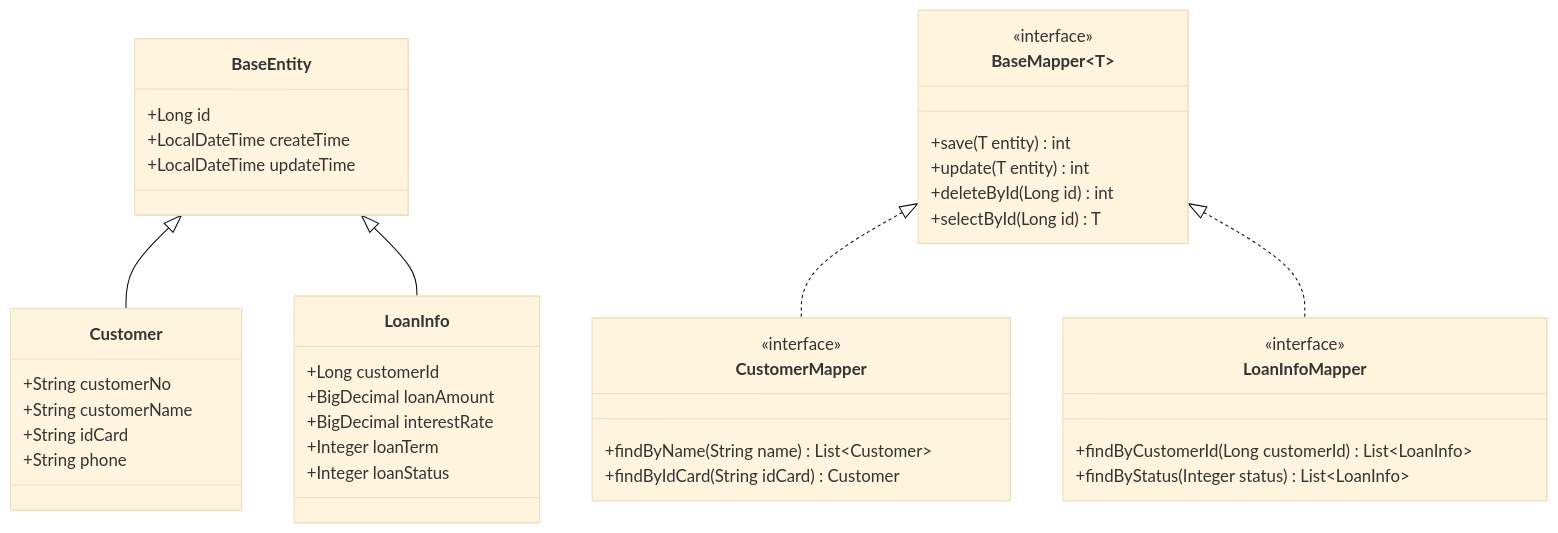
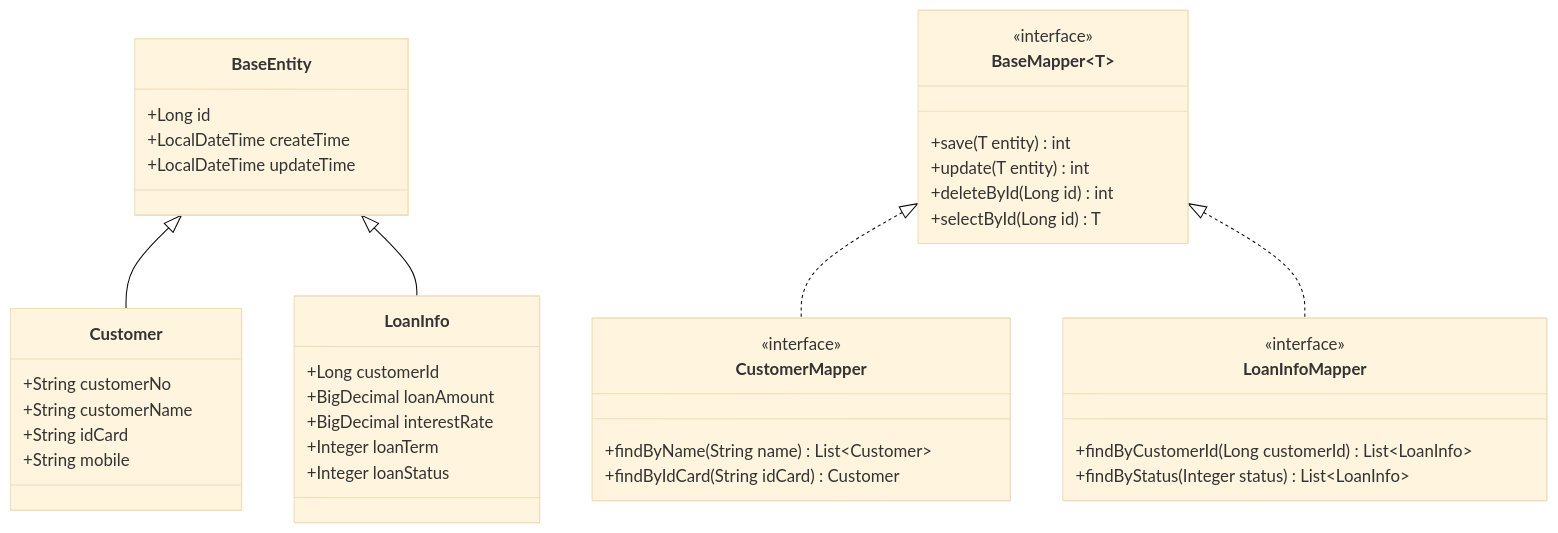
Before and after one commit to skyopk/iodraw-files: the diagram in all/未命名.md, drawn with Mermaid (base theme).

Commit message:
2025-03-25 08:50:53 update

````diff
--- a/all/未命名.md
+++ b/all/未命名.md
@@ -1,48 +1,48 @@
 ```mermaid
 classDiagram
     class BaseEntity {
         +Long id
         +LocalDateTime  createTime
         +LocalDateTime  updateTime
     }
     
     class BaseMapper~T~ {
         <<interface>>
         +save(T entity) int
         +update(T entity) int
         +deleteById(Long id) int
         +selectById(Long id) T
     }
     
     class Customer {
         +String customerNo
         +String customerName
         +String idCard
-        +String phone
+        +String mobile
     }
     
     class LoanInfo {
         +Long customerId
         +BigDecimal loanAmount
         +BigDecimal interestRate
         +Integer loanTerm
         +Integer loanStatus
     }
     
     class CustomerMapper {
         <<interface>>
         +findByName(String name) List~Customer~
         +findByIdCard(String idCard) Customer
     }
     
     class LoanInfoMapper {
         <<interface>>
         +findByCustomerId(Long customerId) List~LoanInfo~
         +findByStatus(Integer status) List~LoanInfo~
     }
     
     BaseEntity <|-- Customer
     BaseEntity <|-- LoanInfo
     BaseMapper~BaseEntity~ <|.. CustomerMapper
     BaseMapper~BaseEntity~ <|.. LoanInfoMapper
 ```
````
